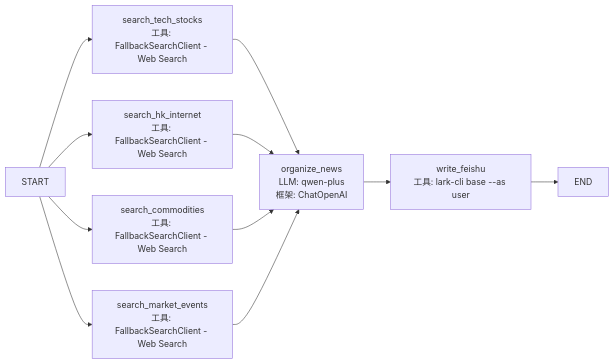
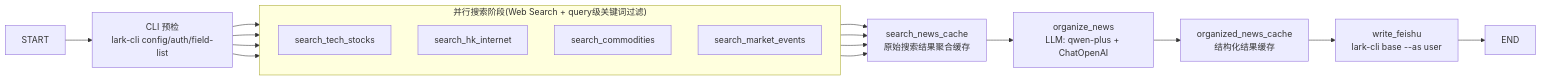
One commit to TurkeyPro1025/SearchSMInfoWorkflow changed the diagram in README.md. Above: the diagram before and after it, drawn with Mermaid. The commit also changed other lines of this file and 17 other files, not shown here.

````diff
--- a/README.md
+++ b/README.md
@@ -72,15 +72,27 @@
 ```mermaid
 flowchart LR
-    A["START"] --> B["search_tech_stocks<br/>工具: FallbackSearchClient - Web Search"]
-    A --> C["search_hk_internet<br/>工具: FallbackSearchClient - Web Search"]
-    A --> D["search_commodities<br/>工具: FallbackSearchClient - Web Search"]
-    A --> E["search_market_events<br/>工具: FallbackSearchClient - Web Search"]
+    A["START"] --> P["CLI 预检<br/>lark-cli config/auth/field-list"]
 
-    B --> F["organize_news<br/>LLM: qwen-plus<br/>框架: ChatOpenAI"]
-    C --> F
-    D --> F
-    E --> F
+    subgraph Q["并行搜索阶段(Web Search + query级关键词过滤)"]
+        direction TB
+        B["search_tech_stocks<br/>"]
+        C["search_hk_internet<br/>"]
+        D["search_commodities<br/>"]
+        E["search_market_events<br/>"]
+    end
 
-    F --> G["write_feishu<br/>工具: lark-cli base --as user"]
+    P --> B
+    P --> C
+    P --> D
+    P --> E
+
+    B --> S["search_news_cache<br/>原始搜索结果聚合缓存"]
+    C --> S
+    D --> S
+    E --> S
+
+    S --> F["organize_news<br/>LLM: qwen-plus + ChatOpenAI"]
+    F --> O["organized_news_cache<br/>结构化结果缓存"]
+    O --> G["write_feishu<br/>lark-cli base --as user"]
     G --> H["END"]
 ```
````
